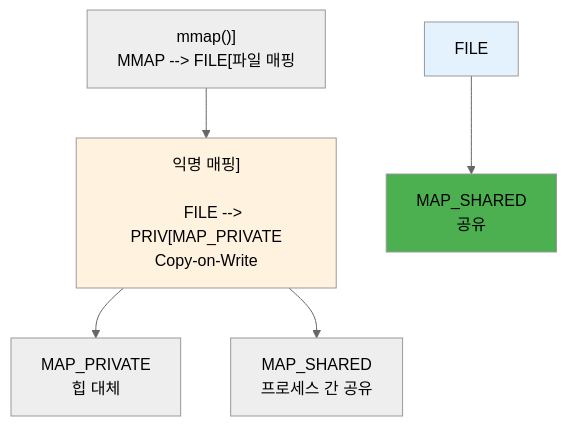
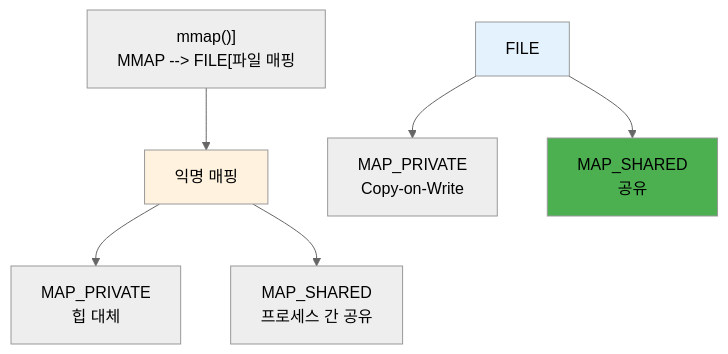
One commit to choru-k/choru-wiki changed the first of 3 diagrams in docs/cs/guide/chapter-03-memory-system/03-03-04-memory-mapping.md. Above: the diagram before and after it, drawn with Mermaid (neutral theme). The commit also changed 15 other files, not shown here.

First line of the commit message:
fix: resolve all Mermaid diagram syntax errors in Chapter 3 Memory System

````diff
--- a/docs/cs/guide/chapter-03-memory-system/03-03-04-memory-mapping.md
+++ b/docs/cs/guide/chapter-03-memory-system/03-03-04-memory-mapping.md
@@ -72,20 +72,20 @@
 ```mermaid
 graph TD
     MMAP["mmap()]
     MMAP --> FILE[파일 매핑"]
-    MMAP --> ANON["익명 매핑]
+    MMAP --> ANON["익명 매핑"]
 
-    FILE --> PRIV[MAP_PRIVATE
-Copy-on-Write"]
+    FILE --> PRIV["MAP_PRIVATE
+    Copy-on-Write"]
     FILE --> SHAR["MAP_SHARED
-공유"]
+    공유"]
 
     ANON --> APRIV["MAP_PRIVATE
-힙 대체"]
+    힙 대체"]
     ANON --> ASHAR["MAP_SHARED
-프로세스 간 공유"]
+    프로세스 간 공유"]
 
     style FILE fill:#E3F2FD
     style ANON fill:#FFF3E0
     style SHAR fill:#4CAF50
 ```
````
